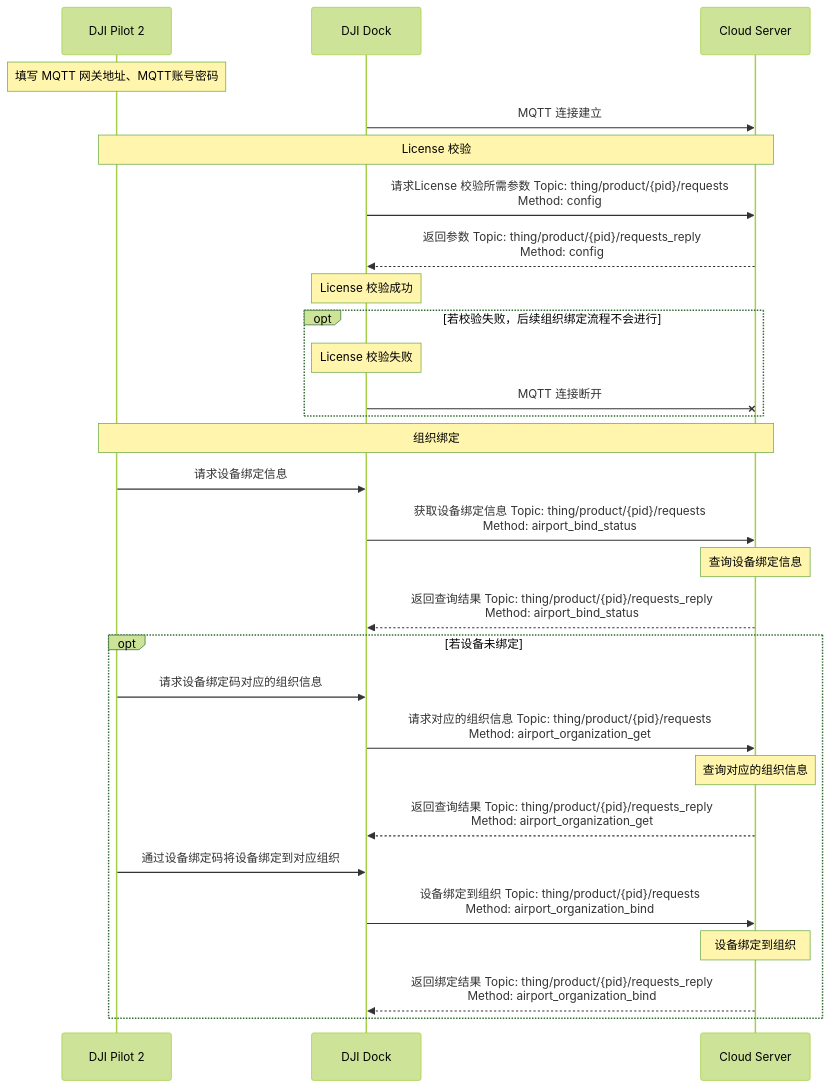
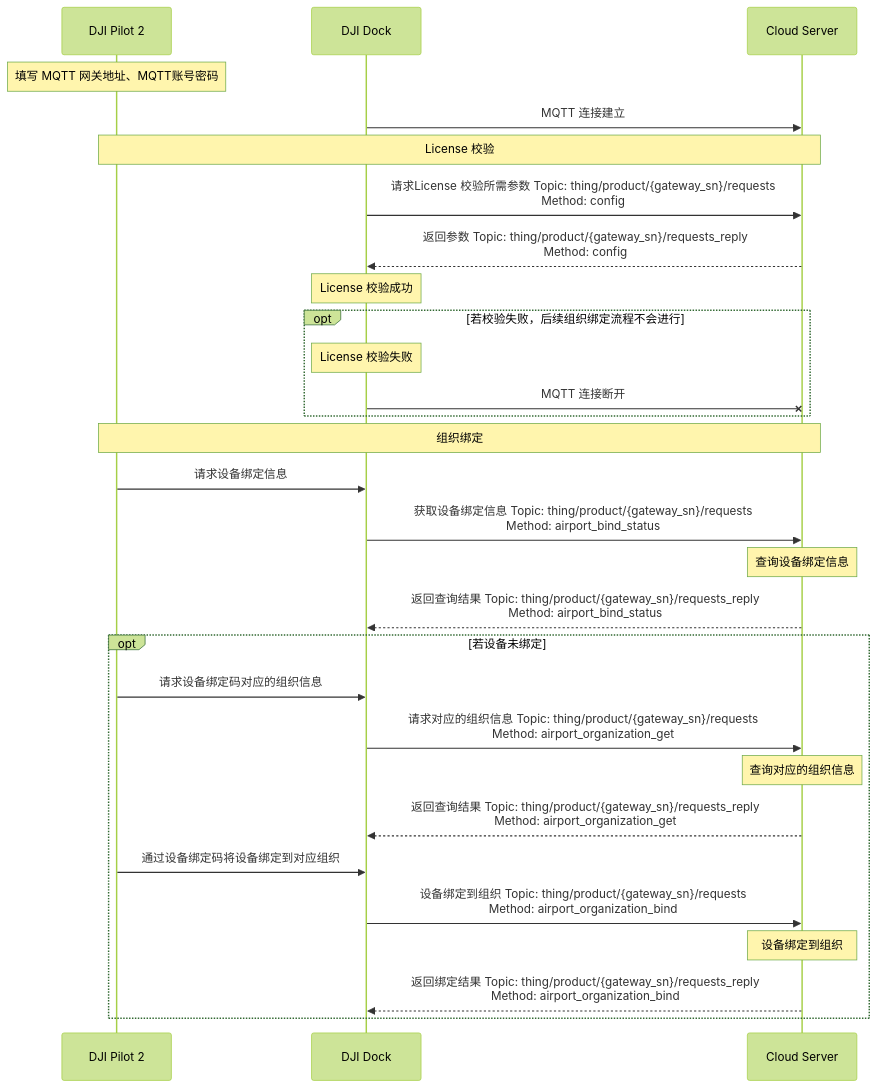
One commit to dji-sdk/Cloud-API-Doc changed the diagram in docs/cn/30.feature-set/20.dock-feature-set/10.dock-access-to-cloud.md. Above: the diagram before and after it, drawn with Mermaid (forest theme). The commit also changed 72 other files, not shown here.

````diff
--- a/docs/cn/30.feature-set/20.dock-feature-set/10.dock-access-to-cloud.md
+++ b/docs/cn/30.feature-set/20.dock-feature-set/10.dock-access-to-cloud.md
@@ -21,38 +21,38 @@
 ```mermaid
 sequenceDiagram
 participant pilot as DJI Pilot 2
 participant client as DJI Dock
 participant server as Cloud Server
 
 note over pilot: 填写 MQTT 网关地址、MQTT账号密码
 client ->> server: MQTT 连接建立
 
 note over pilot, server: License 校验
 
-client ->> server: 请求License 校验所需参数 Topic: thing/product/{pid}/requests<br/>Method: config
-server -->> client: 返回参数 Topic: thing/product/{pid}/requests_reply<br/>Method: config
+client ->> server: 请求License 校验所需参数 Topic: thing/product/{gateway_sn}/requests<br/>Method: config
+server -->> client: 返回参数 Topic: thing/product/{gateway_sn}/requests_reply<br/>Method: config
 
 note over client: License 校验成功
 opt 若校验失败，后续组织绑定流程不会进行
     note over client: License 校验失败
     client -x server: MQTT 连接断开
 end
 
 note over pilot, server: 组织绑定
 pilot ->> client: 请求设备绑定信息
-client ->> server: 获取设备绑定信息 Topic: thing/product/{pid}/requests<br/>Method: airport_bind_status
+client ->> server: 获取设备绑定信息 Topic: thing/product/{gateway_sn}/requests<br/>Method: airport_bind_status
 note over server: 查询设备绑定信息
-server -->> client: 返回查询结果 Topic: thing/product/{pid}/requests_reply<br/>Method: airport_bind_status
+server -->> client: 返回查询结果 Topic: thing/product/{gateway_sn}/requests_reply<br/>Method: airport_bind_status
 
 opt 若设备未绑定
 pilot ->> client: 请求设备绑定码对应的组织信息
-client ->> server: 请求对应的组织信息 Topic: thing/product/{pid}/requests<br/>Method: airport_organization_get
+client ->> server: 请求对应的组织信息 Topic: thing/product/{gateway_sn}/requests<br/>Method: airport_organization_get
 note over server: 查询对应的组织信息
-server -->> client: 返回查询结果 Topic: thing/product/{pid}/requests_reply<br/>Method: airport_organization_get
+server -->> client: 返回查询结果 Topic: thing/product/{gateway_sn}/requests_reply<br/>Method: airport_organization_get
 pilot ->> client: 通过设备绑定码将设备绑定到对应组织
-client ->> server: 设备绑定到组织 Topic: thing/product/{pid}/requests<br/>Method: airport_organization_bind
+client ->> server: 设备绑定到组织 Topic: thing/product/{gateway_sn}/requests<br/>Method: airport_organization_bind
 note over server: 设备绑定到组织
-server -->> client: 返回绑定结果 Topic: thing/product/{pid}/requests_reply<br/>Method: airport_organization_bind
+server -->> client: 返回绑定结果 Topic: thing/product/{gateway_sn}/requests_reply<br/>Method: airport_organization_bind
 end
 
 ```
````
